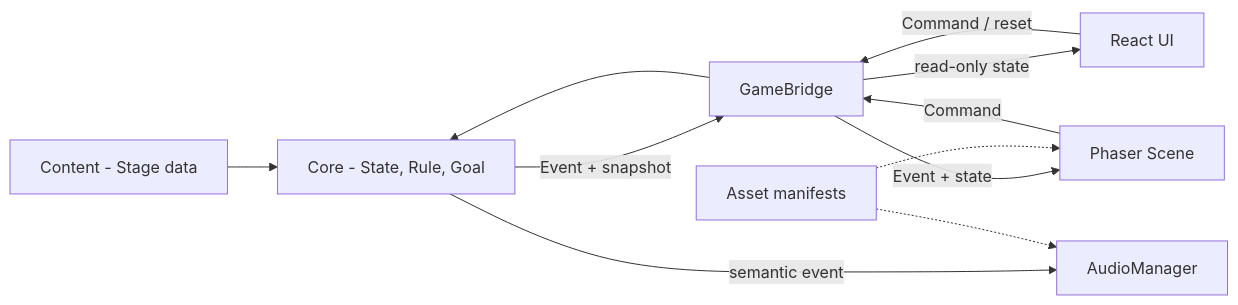
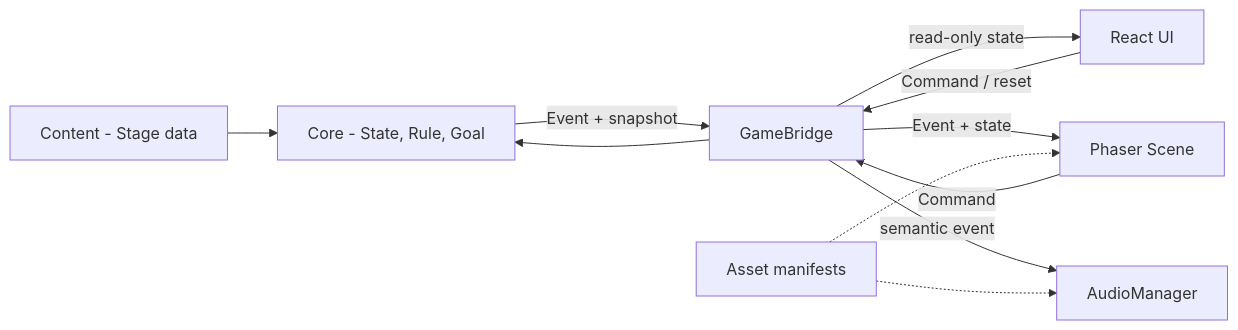
The diagram in docs/ARCHITECTURE.md (utopiaAZ/place-and-see), drawn with Mermaid before and after one commit. The commit also changed other lines of this file and 118 other files, not shown here.

````diff
--- a/docs/ARCHITECTURE.md
+++ b/docs/ARCHITECTURE.md
@@ -13,13 +14,13 @@
 ```mermaid
 flowchart LR
   Content["Content - Stage data"] --> Core["Core - State, Rule, Goal"]
   React["React UI"] -->|Command / reset| Bridge["GameBridge"]
   Phaser["Phaser Scene"] -->|Command| Bridge
   Bridge --> Core
   Core -->|Event + snapshot| Bridge
   Bridge -->|read-only state| React
   Bridge -->|Event + state| Phaser
-  Core -->|semantic event| Audio["AudioManager"]
+  Bridge -->|semantic event| Audio["AudioManager"]
   Assets["Asset manifests"] -.-> Phaser
   Assets -.-> Audio
 ```
````
